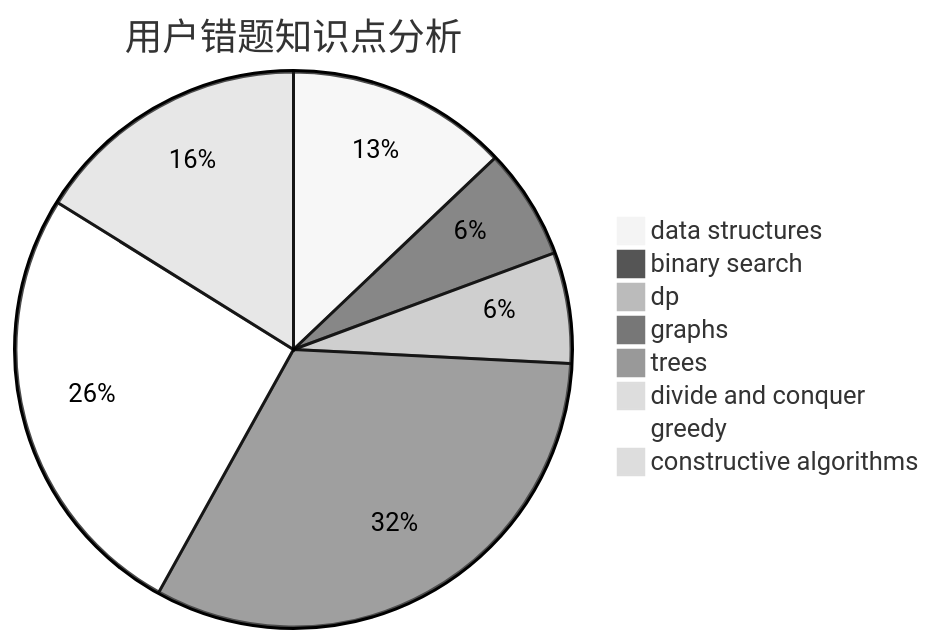
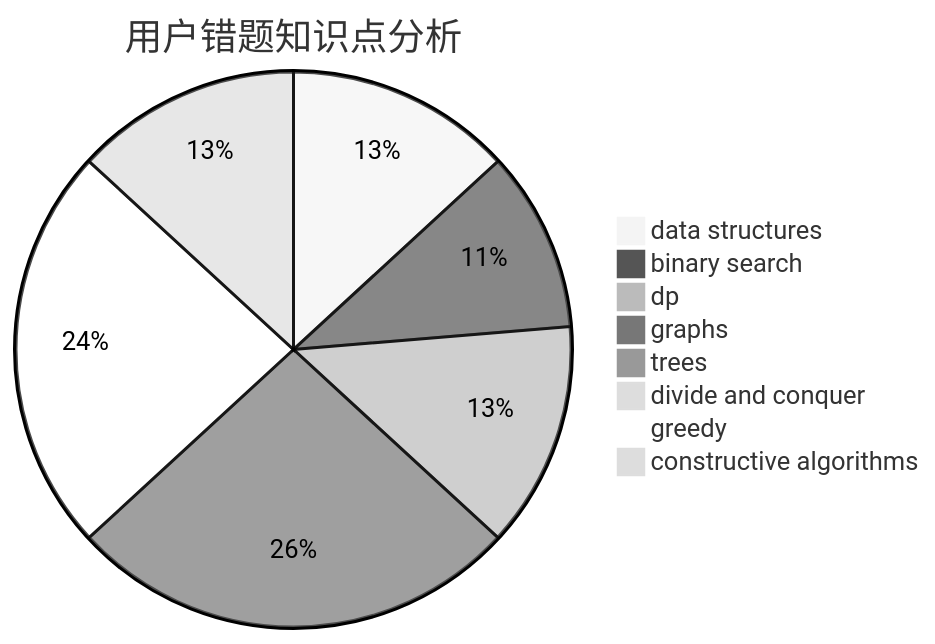
The third of 3 diagrams in docs/user/u2359.md (sherpahu/cfrs.github.io), drawn with Mermaid (neutral theme) before and after one commit. The commit also changed other lines of this file and 2770 other files, not shown here.

````diff
--- a/docs/user/u2359.md
+++ b/docs/user/u2359.md
@@ -36,11 +36,11 @@
 ```mermaid
 pie title 用户错题知识点分析
-    "data structures" :  4
-    "binary search" :  2
-    "dp" :  2
+    "data structures" :  5
+    "binary search" :  4
+    "dp" :  5
     "graphs" :  10
     "trees" :  0
     "divide and conquer" :  0
-    "greedy" :  8
+    "greedy" :  9
     "constructive algorithms" :  5
 ```
````
